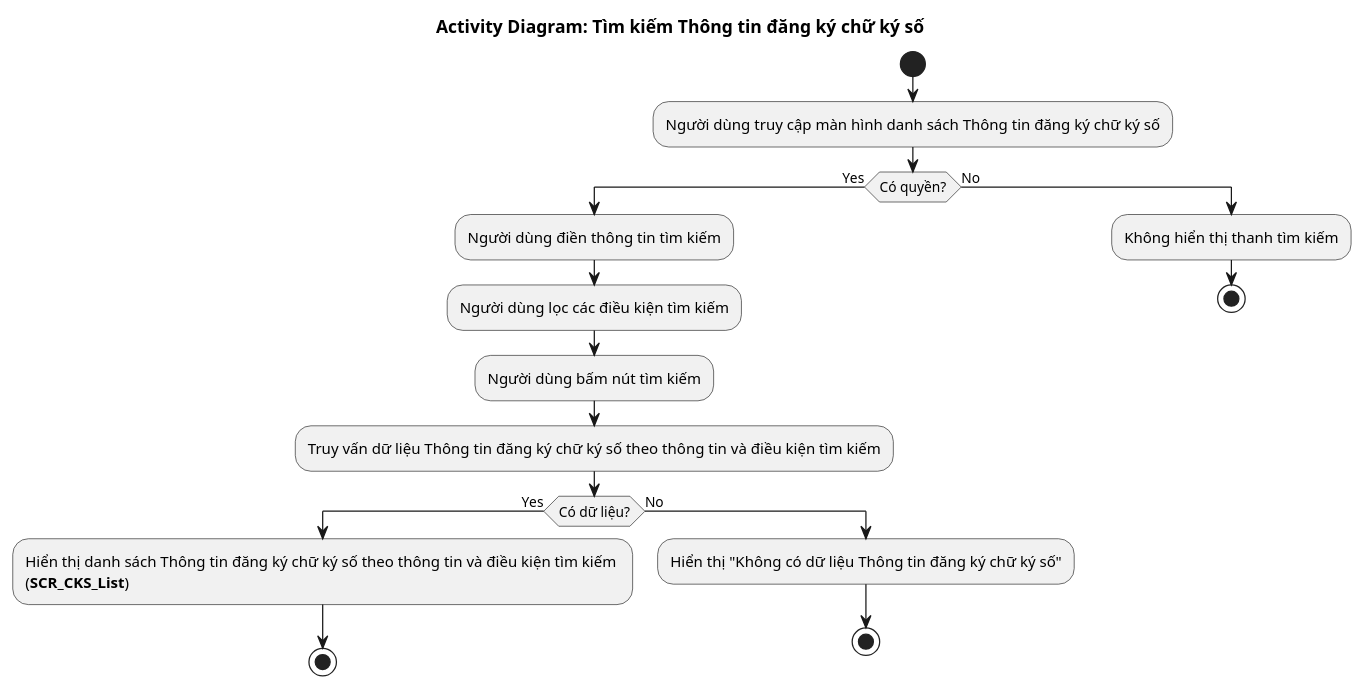
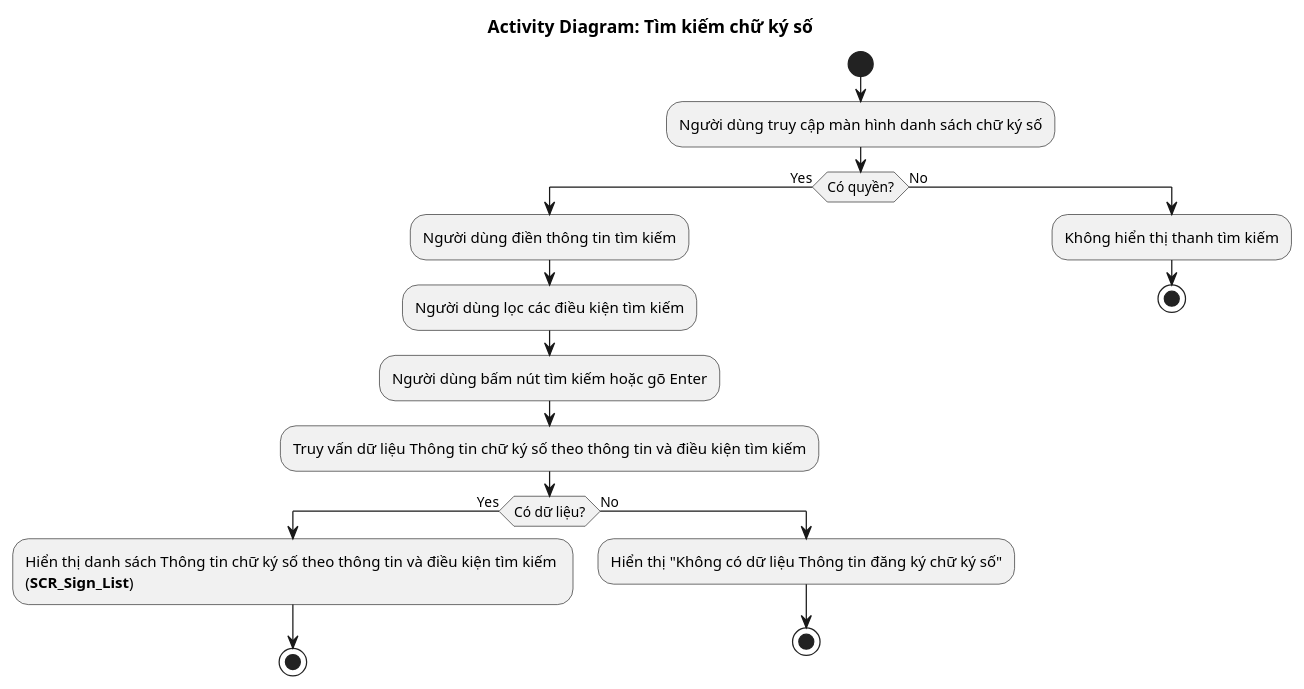
One commit to phuongpm23/nds-docs-test changed the diagram in Quản lý công chứng viên/4.usecases/ChuKySo/TimKiem/AD_Sign_Search.puml. Above: the diagram before and after it, drawn with PlantUML. The commit also changed 45 other files, not shown here.

```diff
--- a/Quản lý công chứng viên/4.usecases/ChuKySo/TimKiem/AD_Sign_Search.puml
+++ b/Quản lý công chứng viên/4.usecases/ChuKySo/TimKiem/AD_Sign_Search.puml
@@ -1,23 +1,23 @@
-@startuml AD_CKS_Detail
+@startuml AD_Sign_Detail
 !pragma layout smetana
-title Activity Diagram: Tìm kiếm Thông tin đăng ký chữ ký số
+title Activity Diagram: Tìm kiếm chữ ký số
 
 start
-:Người dùng truy cập màn hình danh sách Thông tin đăng ký chữ ký số;
+:Người dùng truy cập màn hình danh sách chữ ký số;
 if (Có quyền?) then (Yes)
   :Người dùng điền thông tin tìm kiếm;
   :Người dùng lọc các điều kiện tìm kiếm;
-  :Người dùng bấm nút tìm kiếm;
-  :Truy vấn dữ liệu Thông tin đăng ký chữ ký số theo thông tin và điều kiện tìm kiếm;
+  :Người dùng bấm nút tìm kiếm hoặc gõ Enter;
+  :Truy vấn dữ liệu Thông tin chữ ký số theo thông tin và điều kiện tìm kiếm;
   if (Có dữ liệu?) then (Yes)
-    :Hiển thị danh sách Thông tin đăng ký chữ ký số theo thông tin và điều kiện tìm kiếm \n(**SCR_CKS_List**);
+    :Hiển thị danh sách Thông tin chữ ký số theo thông tin và điều kiện tìm kiếm \n(**SCR_Sign_List**);
     stop
   else (No)
     :Hiển thị "Không có dữ liệu Thông tin đăng ký chữ ký số";
     stop
   endif
 else (No)
   :Không hiển thị thanh tìm kiếm;
   stop
 endif
 @enduml
```
